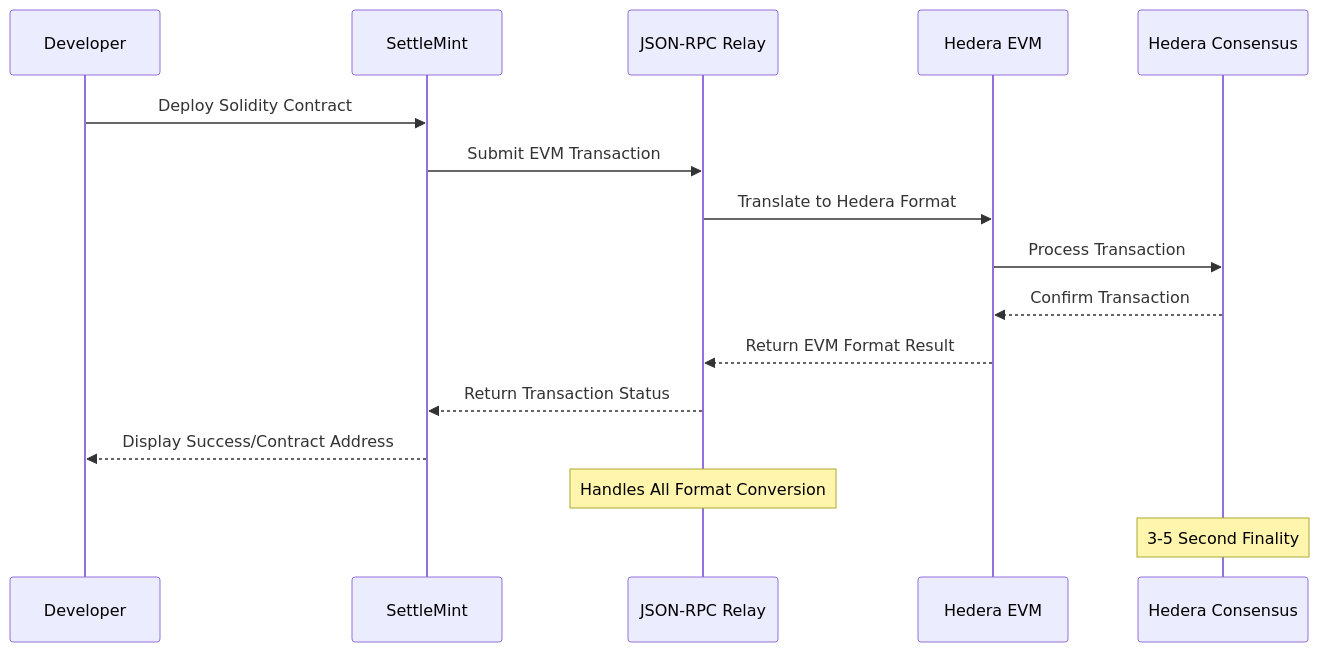
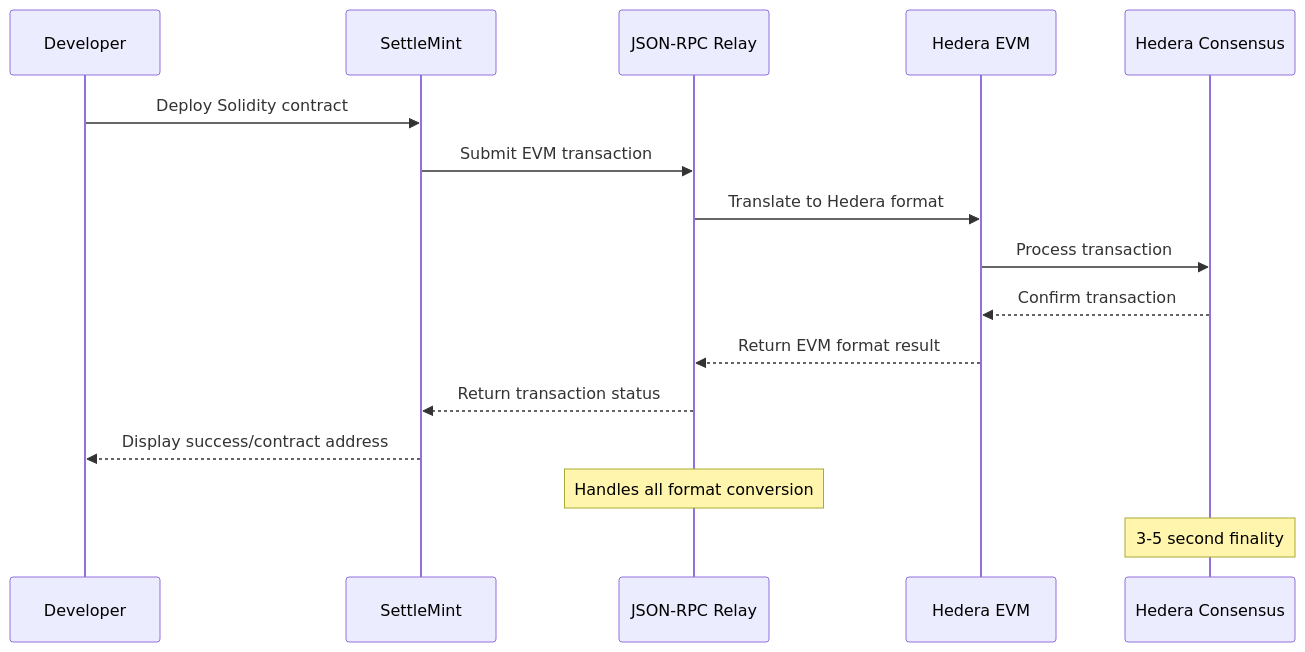
The second of 2 diagrams in content/docs/building-with-settlemint/hedera-hashgraph-guide/introduction-to-hedera.mdx (settlemint/docs), drawn with Mermaid before and after one commit. The commit also changed other lines of this file, not shown here.

Commit message:
Fix: standardize capitalization in Hedera introduction document

````diff
--- a/content/docs/building-with-settlemint/hedera-hashgraph-guide/introduction-to-hedera.mdx
+++ b/content/docs/building-with-settlemint/hedera-hashgraph-guide/introduction-to-hedera.mdx
@@ -96,20 +95,20 @@
 ```mermaid
 sequenceDiagram
     participant Developer
     participant SettleMint
     participant JSON-RPC Relay
     participant Hedera EVM
     participant Hedera Consensus
     
-    Developer->>SettleMint: Deploy Solidity Contract
-    SettleMint->>JSON-RPC Relay: Submit EVM Transaction
-    JSON-RPC Relay->>Hedera EVM: Translate to Hedera Format
-    Hedera EVM->>Hedera Consensus: Process Transaction
-    Hedera Consensus-->>Hedera EVM: Confirm Transaction
-    Hedera EVM-->>JSON-RPC Relay: Return EVM Format Result
-    JSON-RPC Relay-->>SettleMint: Return Transaction Status
-    SettleMint-->>Developer: Display Success/Contract Address
+    Developer->>SettleMint: Deploy Solidity contract
+    SettleMint->>JSON-RPC Relay: Submit EVM transaction
+    JSON-RPC Relay->>Hedera EVM: Translate to Hedera format
+    Hedera EVM->>Hedera Consensus: Process transaction
+    Hedera Consensus-->>Hedera EVM: Confirm transaction
+    Hedera EVM-->>JSON-RPC Relay: Return EVM format result
+    JSON-RPC Relay-->>SettleMint: Return transaction status
+    SettleMint-->>Developer: Display success/contract address
     
-    note over JSON-RPC Relay: Handles All Format Conversion
-    note over Hedera Consensus: 3-5 Second Finality
+    note over JSON-RPC Relay: Handles all format conversion
+    note over Hedera Consensus: 3-5 second finality
 ```
````
